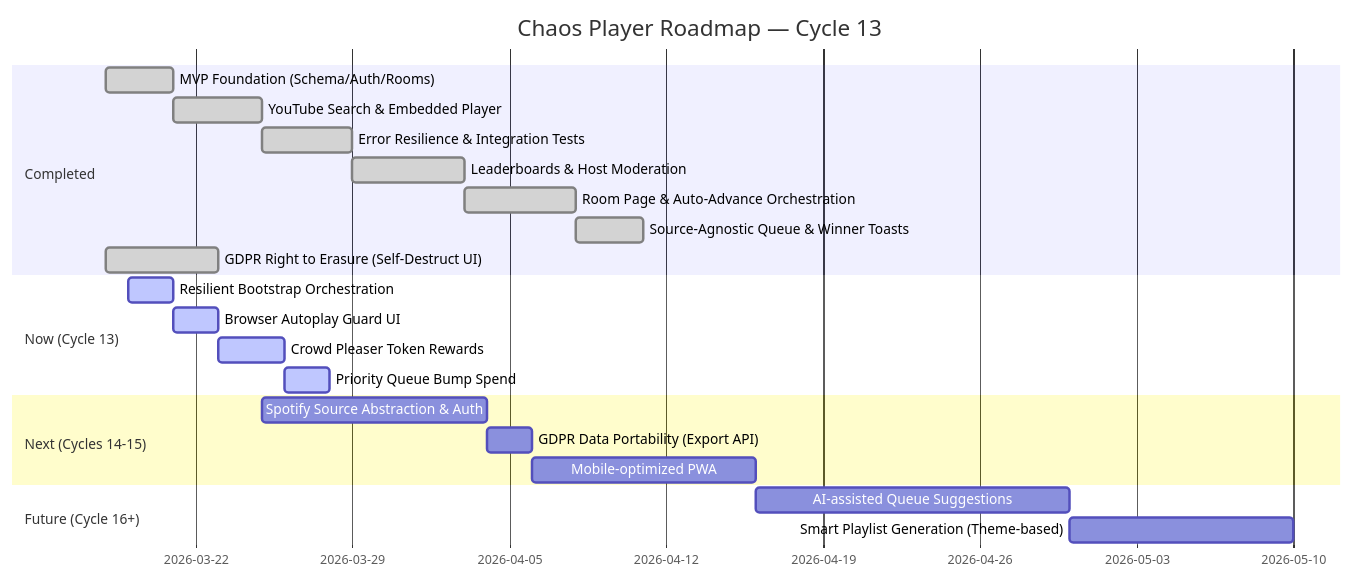
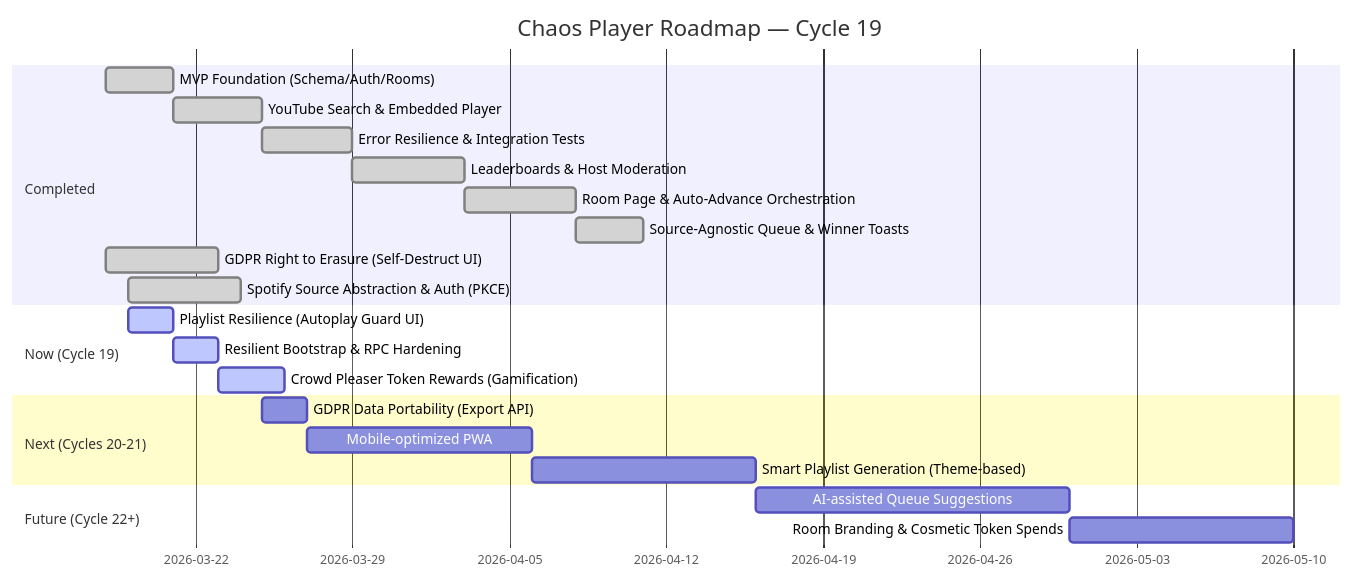
Before and after one commit to akozma89/chaos-player: the diagram in ROADMAP.md, drawn with Mermaid. The commit also changed other lines of this file and 16 other files, not shown here.

Commit message:
fix(playlist): resolve bootstrap race condition and add autoplay guard UI

````diff
--- a/ROADMAP.md
+++ b/ROADMAP.md
@@ -3,29 +3,29 @@
 ```mermaid
 gantt
-  title Chaos Player Roadmap — Cycle 13
+  title Chaos Player Roadmap — Cycle 19
   dateFormat YYYY-MM-DD
 
   section Completed
     MVP Foundation (Schema/Auth/Rooms)          :done, c1, 2026-03-18, 3d
     YouTube Search & Embedded Player            :done, c2, after c1, 4d
     Error Resilience & Integration Tests        :done, c3, after c2, 4d
     Leaderboards & Host Moderation              :done, c4, after c3, 5d
     Room Page & Auto-Advance Orchestration      :done, c5, after c4, 5d
     Source-Agnostic Queue & Winner Toasts       :done, c6, after c5, 3d
     GDPR Right to Erasure (Self-Destruct UI)    :done, c7, 2026-03-18, 5d
+    Spotify Source Abstraction & Auth (PKCE)    :done, c18, 2026-03-19, 5d
 
-  section Now (Cycle 13)
-    Resilient Bootstrap Orchestration           :active, c13-1, 2026-03-19, 2d
-    Browser Autoplay Guard UI                   :active, c13-2, after c13-1, 2d
-    Crowd Pleaser Token Rewards                 :active, c13-3, after c13-2, 3d
-    Priority Queue Bump Spend                   :active, c13-4, after c13-3, 2d
+  section Now (Cycle 19)
+    Playlist Resilience (Autoplay Guard UI)     :active, c19-1, 2026-03-19, 2d
+    Resilient Bootstrap & RPC Hardening         :active, c19-2, after c19-1, 2d
+    Crowd Pleaser Token Rewards (Gamification)  :active, c19-3, after c19-2, 3d
 
-  section Next (Cycles 14-15)
-    Spotify Source Abstraction & Auth           :next1, 2026-03-25, 10d
-    GDPR Data Portability (Export API)          :next2, after next1, 2d
-    Mobile-optimized PWA                        :next3, after next2, 10d
+  section Next (Cycles 20-21)
+    GDPR Data Portability (Export API)          :next1, 2026-03-25, 2d
+    Mobile-optimized PWA                        :next2, after next1, 10d
+    Smart Playlist Generation (Theme-based)     :next3, after next2, 10d
 
-  section Future (Cycle 16+)
+  section Future (Cycle 22+)
     AI-assisted Queue Suggestions               :future1, after next3, 14d
-    Smart Playlist Generation (Theme-based)     :future2, after future1, 10d
+    Room Branding & Cosmetic Token Spends       :future2, after future1, 10d
 ```
````
